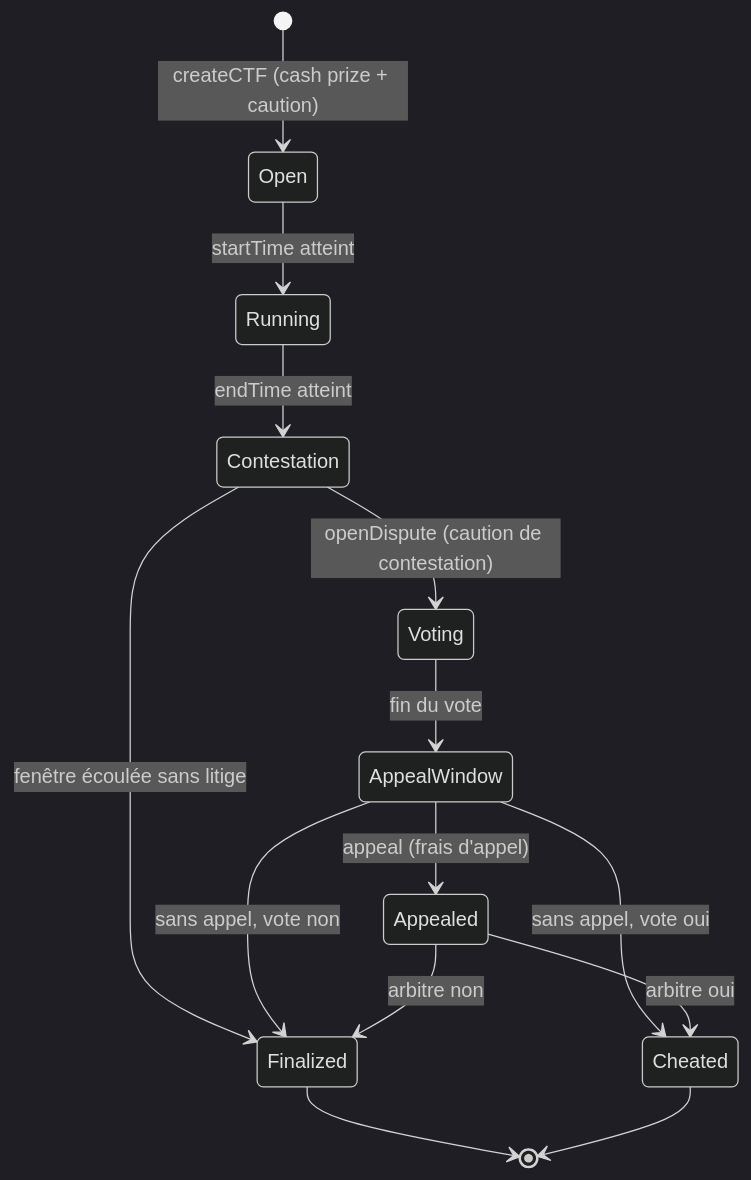
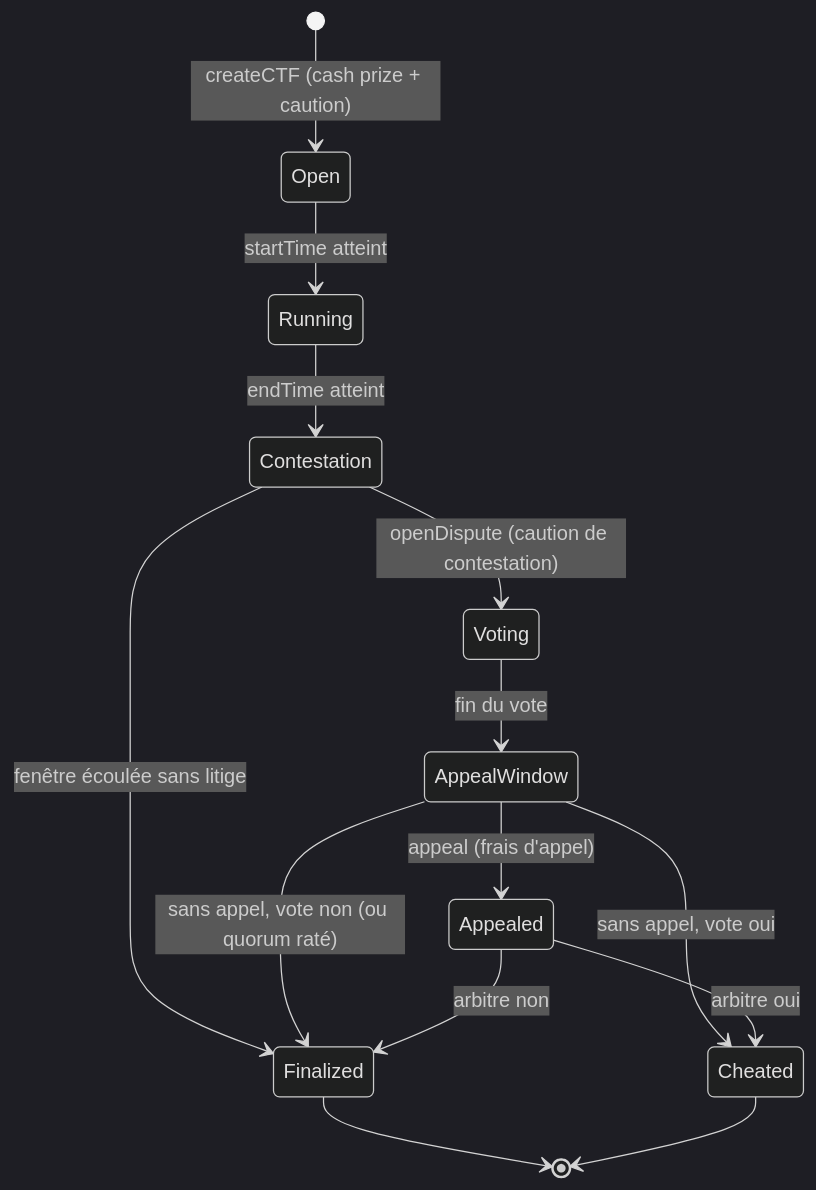
The first of 3 diagrams in docs/DESIGN.md (Victorbriez/Pwnpot), drawn with Mermaid (dark theme) before and after one commit. The commit also changed other lines of this file and 3 other files, not shown here.

````diff
--- a/docs/DESIGN.md
+++ b/docs/DESIGN.md
@@ -32,16 +32,16 @@
 ```mermaid
 stateDiagram-v2
     [*] --> Open : createCTF (cash prize + caution)
     Open --> Running : startTime atteint
     Running --> Contestation : endTime atteint
     Contestation --> Finalized : fenêtre écoulée sans litige
     Contestation --> Voting : openDispute (caution de contestation)
     Voting --> AppealWindow : fin du vote
     AppealWindow --> Appealed : appeal (frais d'appel)
-    AppealWindow --> Finalized : sans appel, vote non
+    AppealWindow --> Finalized : sans appel, vote non (ou quorum raté)
     AppealWindow --> Cheated : sans appel, vote oui
     Appealed --> Finalized : arbitre non
     Appealed --> Cheated : arbitre oui
     Finalized --> [*]
     Cheated --> [*]
 ```
````
